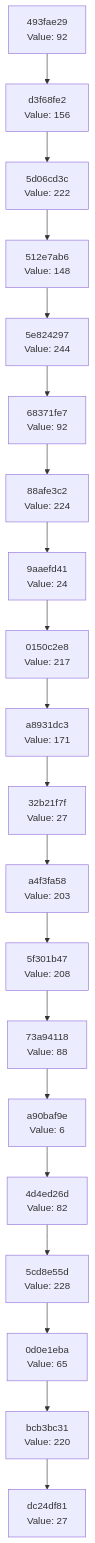
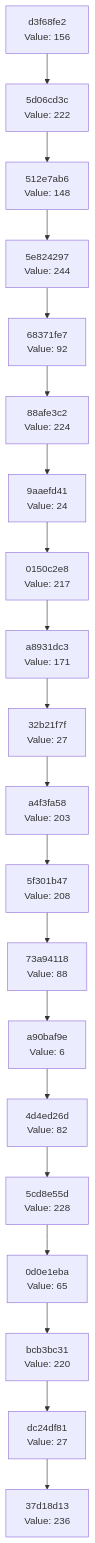
The diagram in docs/CHAIN_VISUALIZATION.md (Abhisheksinha1506/hash-chain-evolver), drawn with Mermaid before and after one commit. The commit also changed 3 other files, not shown here.

````diff
--- a/docs/CHAIN_VISUALIZATION.md
+++ b/docs/CHAIN_VISUALIZATION.md
@@ -3,42 +3,42 @@
 ```mermaid
 graph TD
-    C0["dc24df81<br/>Value: 27"]
-    C1["bcb3bc31<br/>Value: 220"]
+    C0["37d18d13<br/>Value: 236"]
+    C1["dc24df81<br/>Value: 27"]
     C1 --> C0
-    C2["0d0e1eba<br/>Value: 65"]
+    C2["bcb3bc31<br/>Value: 220"]
     C2 --> C1
-    C3["5cd8e55d<br/>Value: 228"]
+    C3["0d0e1eba<br/>Value: 65"]
     C3 --> C2
-    C4["4d4ed26d<br/>Value: 82"]
+    C4["5cd8e55d<br/>Value: 228"]
     C4 --> C3
-    C5["a90baf9e<br/>Value: 6"]
+    C5["4d4ed26d<br/>Value: 82"]
     C5 --> C4
-    C6["73a94118<br/>Value: 88"]
+    C6["a90baf9e<br/>Value: 6"]
     C6 --> C5
-    C7["5f301b47<br/>Value: 208"]
+    C7["73a94118<br/>Value: 88"]
     C7 --> C6
-    C8["a4f3fa58<br/>Value: 203"]
+    C8["5f301b47<br/>Value: 208"]
     C8 --> C7
-    C9["32b21f7f<br/>Value: 27"]
+    C9["a4f3fa58<br/>Value: 203"]
     C9 --> C8
-    C10["a8931dc3<br/>Value: 171"]
+    C10["32b21f7f<br/>Value: 27"]
     C10 --> C9
-    C11["0150c2e8<br/>Value: 217"]
+    C11["a8931dc3<br/>Value: 171"]
     C11 --> C10
-    C12["9aaefd41<br/>Value: 24"]
+    C12["0150c2e8<br/>Value: 217"]
     C12 --> C11
-    C13["88afe3c2<br/>Value: 224"]
+    C13["9aaefd41<br/>Value: 24"]
     C13 --> C12
-    C14["68371fe7<br/>Value: 92"]
+    C14["88afe3c2<br/>Value: 224"]
     C14 --> C13
-    C15["5e824297<br/>Value: 244"]
+    C15["68371fe7<br/>Value: 92"]
     C15 --> C14
-    C16["512e7ab6<br/>Value: 148"]
+    C16["5e824297<br/>Value: 244"]
     C16 --> C15
-    C17["5d06cd3c<br/>Value: 222"]
+    C17["512e7ab6<br/>Value: 148"]
     C17 --> C16
-    C18["d3f68fe2<br/>Value: 156"]
+    C18["5d06cd3c<br/>Value: 222"]
     C18 --> C17
-    C19["493fae29<br/>Value: 92"]
+    C19["d3f68fe2<br/>Value: 156"]
     C19 --> C18
 ```
````
